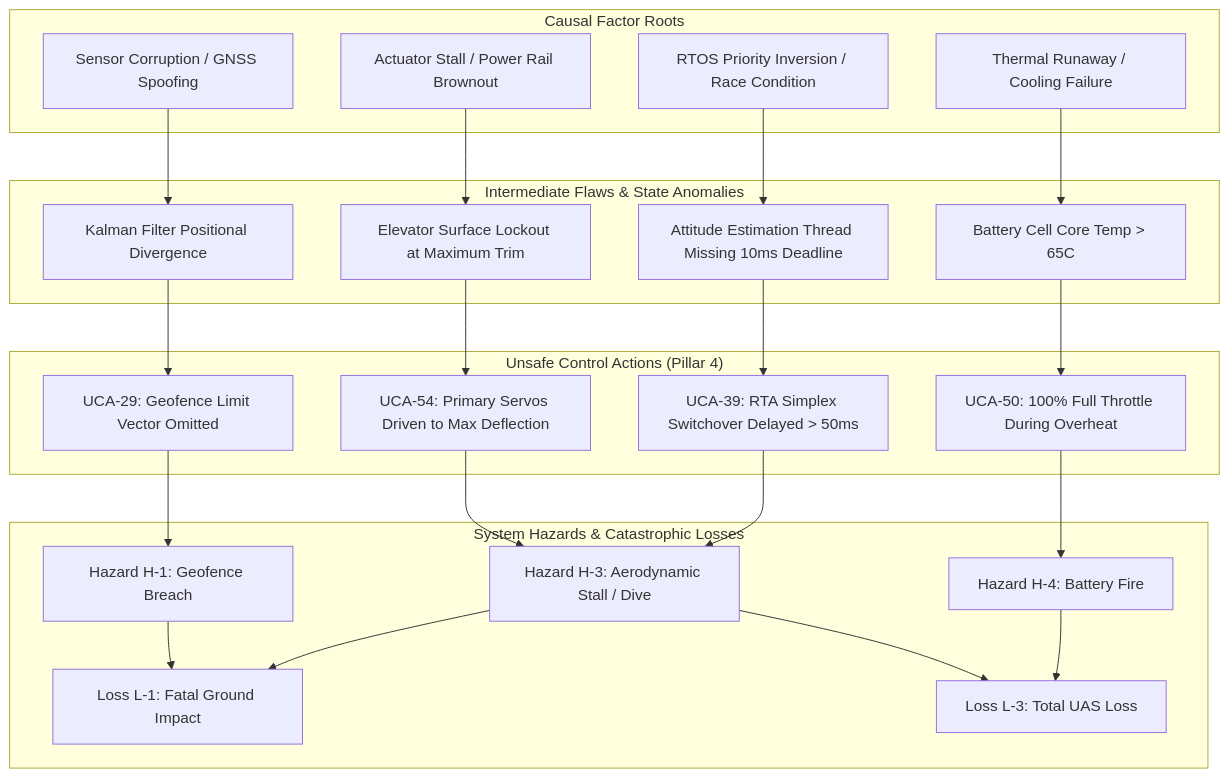
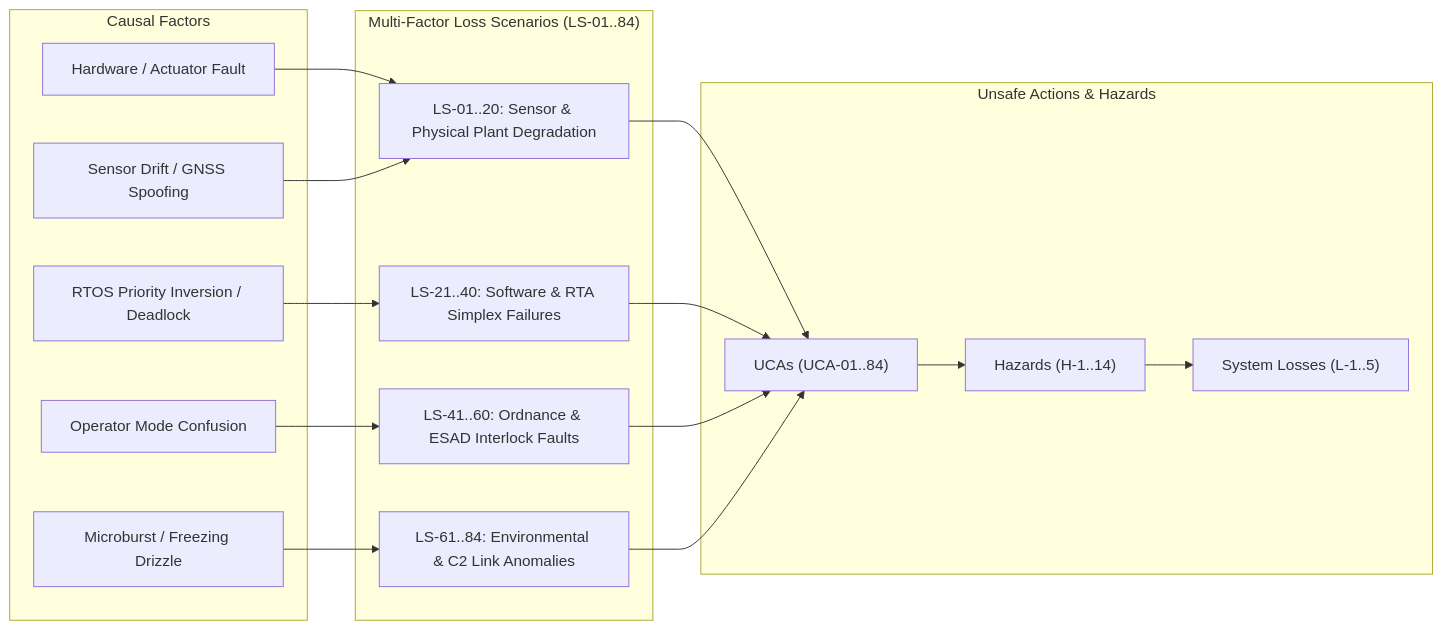
One commit to gintatkinson/DEAP01-spec-core changed the fifth of 11 diagrams in docs/architecture/blueprints/DEAP_DETERMINISTIC_SAFETY_SPECIFICATION_COMPILER_BLUEPRINT.md. Above: the diagram before and after it, drawn with Mermaid. The commit also changed other lines of this file, not shown here.

Commit message:
docs(architecture): expand master blueprint with 10-theorem proof suite and 200-UCA taxonomy (DEAP-BLUEPRINT-SAFETY-004)

````diff
--- a/docs/architecture/blueprints/DEAP_DETERMINISTIC_SAFETY_SPECIFICATION_COMPILER_BLUEPRINT.md
+++ b/docs/architecture/blueprints/DEAP_DETERMINISTIC_SAFETY_SPECIFICATION_COMPILER_BLUEPRINT.md
@@ -315,36 +385,29 @@
 ```mermaid
-flowchart TD
-    subgraph "Causal Factor Roots"
-        CF1["Sensor Corruption / GNSS Spoofing"]
-        CF2["Actuator Stall / Power Rail Brownout"]
-        CF3["RTOS Priority Inversion / Race Condition"]
-        CF4["Thermal Runaway / Cooling Failure"]
+flowchart LR
+    subgraph CausalRoots["Causal Factors"]
+        C1["Hardware / Actuator Fault"]
+        C2["Sensor Drift / GNSS Spoofing"]
+        C3["RTOS Priority Inversion / Deadlock"]
+        C4["Microburst / Freezing Drizzle"]
+        C5["Operator Mode Confusion"]
     end
 
-    subgraph "Intermediate Flaws & State Anomalies"
-        IF1["Kalman Filter Positional Divergence"]
-        IF2["Elevator Surface Lockout at Maximum Trim"]
-        IF3["Attitude Estimation Thread Missing 10ms Deadline"]
-        IF4["Battery Cell Core Temp > 65C"]
+    subgraph Scenarios["Multi-Factor Loss Scenarios (LS-01..84)"]
+        S1["LS-01..20: Sensor & Physical Plant Degradation"]
+        S2["LS-21..40: Software & RTA Simplex Failures"]
+        S3["LS-41..60: Ordnance & ESAD Interlock Faults"]
+        S4["LS-61..84: Environmental & C2 Link Anomalies"]
     end
 
-    subgraph "Unsafe Control Actions (Pillar 4)"
-        UCA_A["UCA-29: Geofence Limit Vector Omitted"]
-        UCA_B["UCA-54: Primary Servos Driven to Max Deflection"]
-        UCA_C["UCA-39: RTA Simplex Switchover Delayed > 50ms"]
-        UCA_D["UCA-50: 100% Full Throttle During Overheat"]
+    subgraph UnsafeActions["Unsafe Actions & Hazards"]
+        U["UCAs (UCA-01..84)"]
+        H["Hazards (H-1..14)"]
+        L["System Losses (L-1..5)"]
     end
 
-    subgraph "System Hazards & Catastrophic Losses"
-        H1["Hazard H-1: Geofence Breach"]
-        H3["Hazard H-3: Aerodynamic Stall / Dive"]
-        H4["Hazard H-4: Battery Fire"]
-        L1["Loss L-1: Fatal Ground Impact"]
-        L3["Loss L-3: Total UAS Loss"]
-    end
-
-    CF1 --> IF1 --> UCA_A --> H1 --> L1
-    CF2 --> IF2 --> UCA_B --> H3 --> L3
-    CF3 --> IF3 --> UCA_C --> H3 --> L1
-    CF4 --> IF4 --> UCA_D --> H4 --> L3
+    C1 & C2 --> S1
+    C3 --> S2
+    C4 --> S4
+    C5 --> S3
+    S1 & S2 & S3 & S4 --> U --> H --> L
 ```
````
